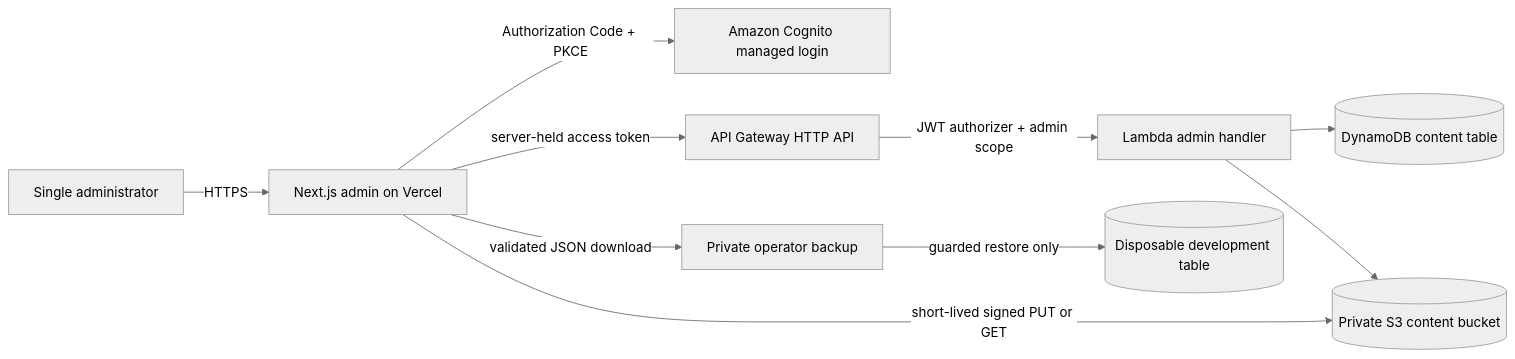
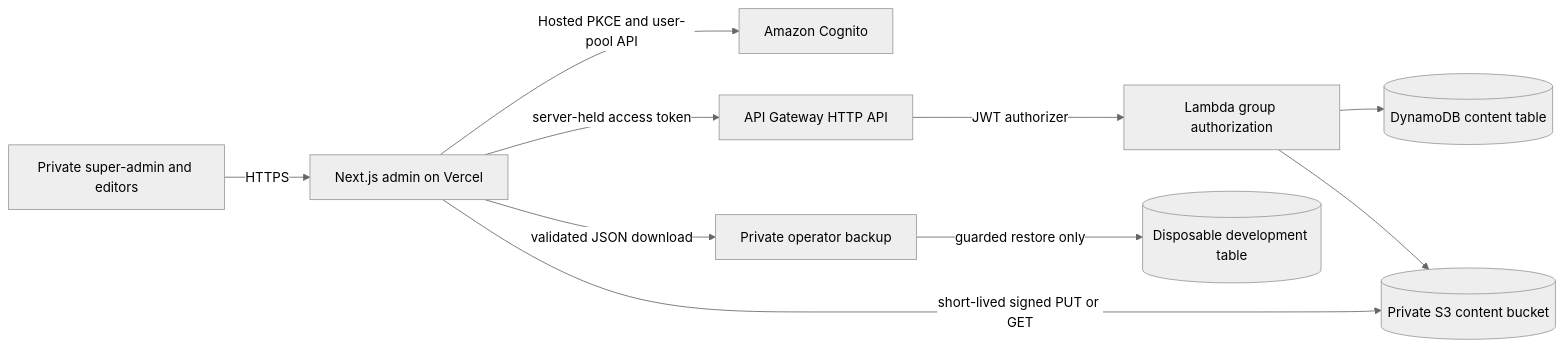
Before and after one commit to boversauros/admintonibover: the diagram in docs/architecture.md, drawn with Mermaid (neutral theme). The commit also changed other lines of this file and 25 other files, not shown here.

````diff
--- a/docs/architecture.md
+++ b/docs/architecture.md
@@ -10,12 +10,12 @@
 ```mermaid
 flowchart LR
-  A[Single administrator] -->|HTTPS| N[Next.js admin on Vercel]
-  N -->|Authorization Code + PKCE| C[Amazon Cognito managed login]
+  A[Private super-admin and editors] -->|HTTPS| N[Next.js admin on Vercel]
+  N -->|Hosted PKCE and user-pool API| C[Amazon Cognito]
   N -->|server-held access token| G[API Gateway HTTP API]
-  G -->|JWT authorizer + admin scope| L[Lambda admin handler]
+  G -->|JWT authorizer| L[Lambda group authorization]
   L --> D[(DynamoDB content table)]
   L --> S[(Private S3 content bucket)]
   N -->|short-lived signed PUT or GET| S
   N -->|validated JSON download| B[Private operator backup]
   B -->|guarded restore only| R[(Disposable development table)]
 ```
````
